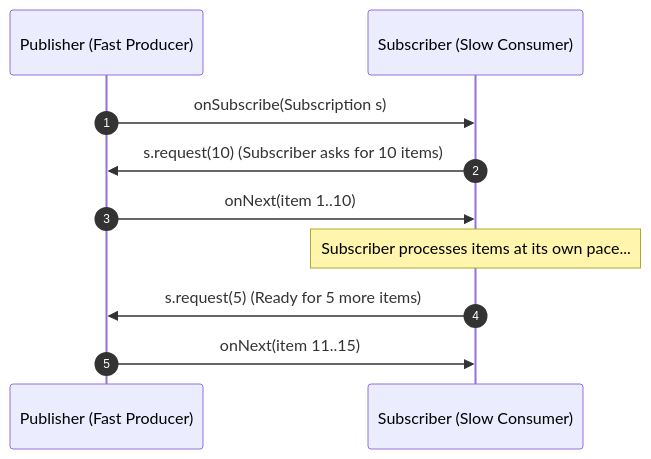
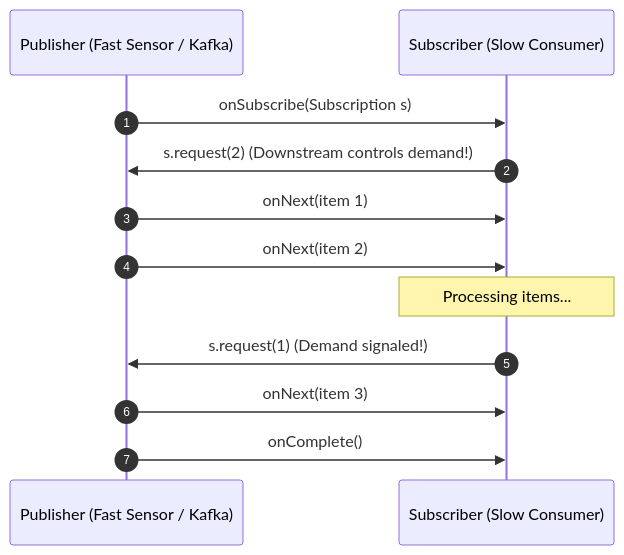
The fifth of 6 diagrams in docs/java/reactive-vs-virtual-threads.mdx (weaponxwolf/backend-engineering-mastry), drawn with Mermaid before and after one commit. The commit also changed other lines of this file and 16 other files, not shown here.

````diff
--- a/docs/java/reactive-vs-virtual-threads.mdx
+++ b/docs/java/reactive-vs-virtual-threads.mdx
@@ -88,13 +203,15 @@
 ```mermaid
 sequenceDiagram
     autonumber
-    participant Pub as Publisher (Fast Producer)
+    participant Pub as Publisher (Fast Sensor / Kafka)
     participant Sub as Subscriber (Slow Consumer)
 
     Pub->>Sub: onSubscribe(Subscription s)
-    Sub->>Pub: s.request(10) (Subscriber asks for 10 items)
-    Pub->>Sub: onNext(item 1..10)
-    Note over Sub: Subscriber processes items at its own pace...
-    Sub->>Pub: s.request(5) (Ready for 5 more items)
-    Pub->>Sub: onNext(item 11..15)
+    Sub->>Pub: s.request(2) (Downstream controls demand!)
+    Pub->>Sub: onNext(item 1)
+    Pub->>Sub: onNext(item 2)
+    Note over Sub: Processing items...
+    Sub->>Pub: s.request(1) (Demand signaled!)
+    Pub->>Sub: onNext(item 3)
+    Pub->>Sub: onComplete()
 ```
````
